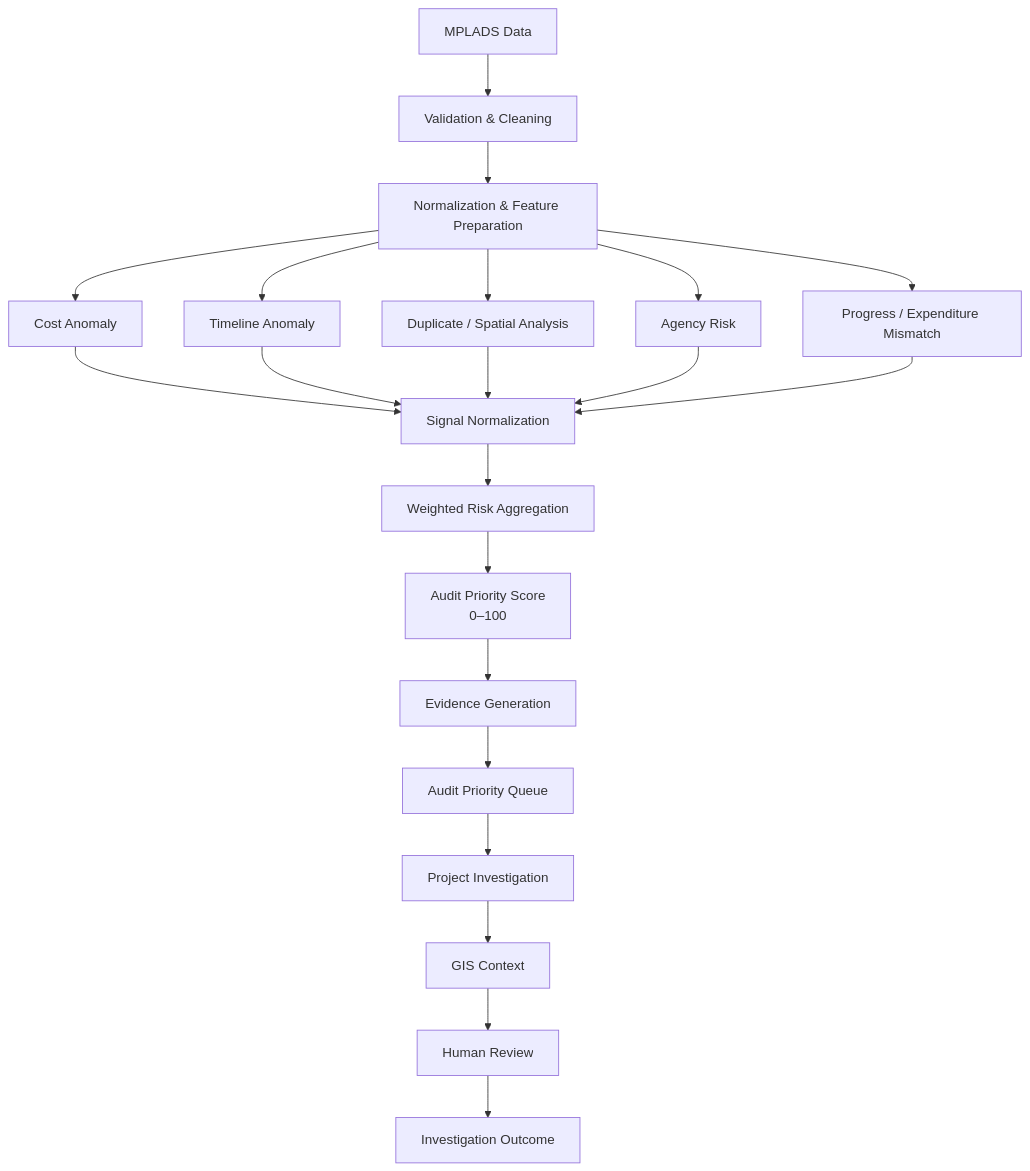
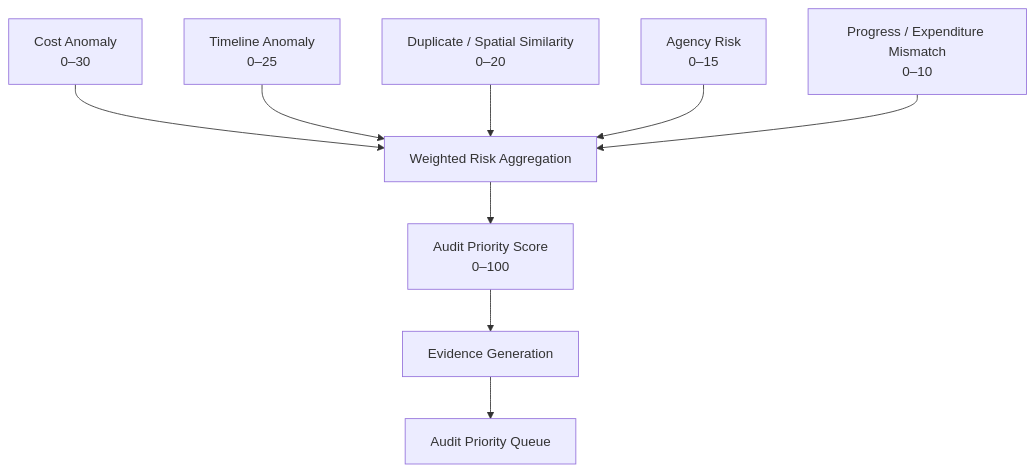
One commit to the-nidhi-bhat/mplads-sentinel changed the second of 19 diagrams in README.md. Above: the diagram before and after it, drawn with Mermaid. The commit also changed other lines of this file, not shown here.

````diff
--- a/README.md
+++ b/README.md
@@ -99,36 +99,18 @@
 ```mermaid
 flowchart TB
+    A["Cost Anomaly<br/>0–30"]
+    B["Timeline Anomaly<br/>0–25"]
+    C["Duplicate / Spatial Similarity<br/>0–20"]
+    D["Agency Risk<br/>0–15"]
+    E["Progress / Expenditure Mismatch<br/>0–10"]
 
-    A["MPLADS Data"]
-    --> B["Validation & Cleaning"]
-
-    B --> C["Normalization & Feature Preparation"]
-
-    C --> D1["Cost Anomaly"]
-    C --> D2["Timeline Anomaly"]
-    C --> D3["Duplicate / Spatial Analysis"]
-    C --> D4["Agency Risk"]
-    C --> D5["Progress / Expenditure Mismatch"]
-
-    D1 --> E["Signal Normalization"]
-    D2 --> E
-    D3 --> E
-    D4 --> E
-    D5 --> E
-
-    E --> F["Weighted Risk Aggregation"]
+    A --> F["Weighted Risk Aggregation"]
+    B --> F
+    C --> F
+    D --> F
+    E --> F
 
     F --> G["Audit Priority Score<br/>0–100"]
-
     G --> H["Evidence Generation"]
-
     H --> I["Audit Priority Queue"]
-
-    I --> J["Project Investigation"]
-
-    J --> K["GIS Context"]
-
-    K --> L["Human Review"]
-
-    L --> M["Investigation Outcome"]
 ```
````
